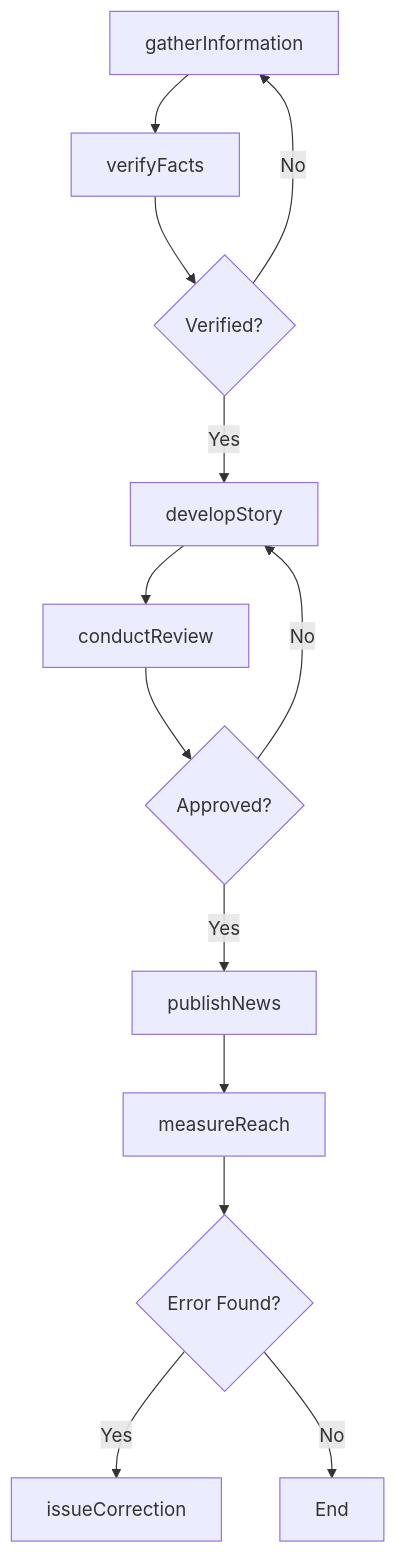
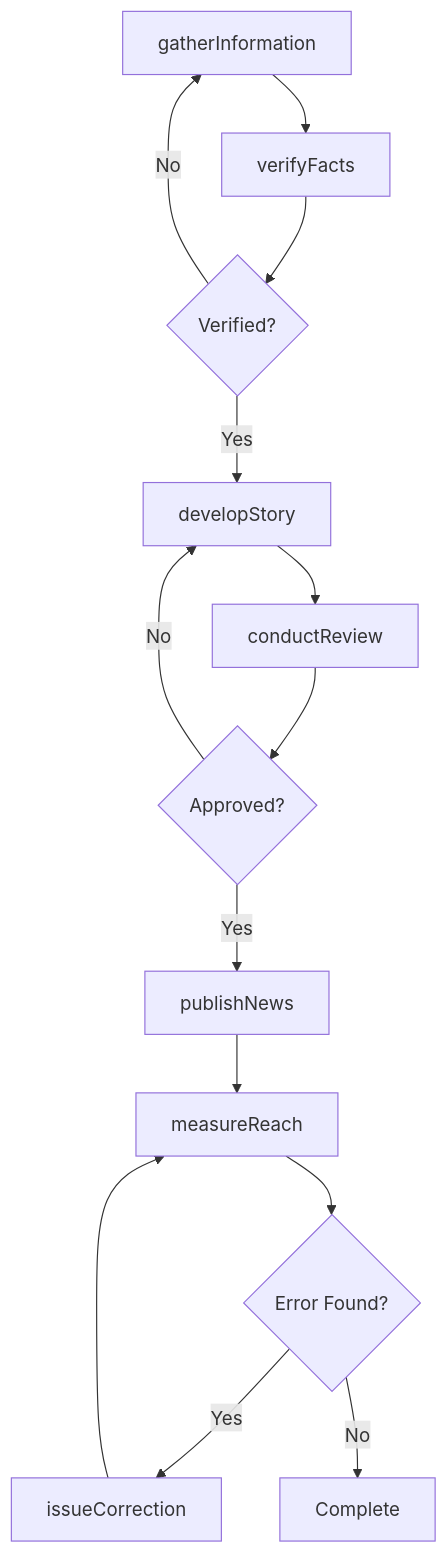
The third of 4 diagrams in CommunicatingWithPeopleOutsideTheOrganization/ProvideInformationOrAssistanceToThePublic/ReportNewsPublic.mdx (dot-org-ai/tasks.org.ai), drawn with Mermaid before and after one commit. The commit also changed other lines of this file and 504 other files, not shown here.

First line of the commit message:
feat: Add ER diagrams, state diagrams, and workflow improvements to 96 DWA task files

````diff
--- a/CommunicatingWithPeopleOutsideTheOrganization/ProvideInformationOrAssistanceToThePublic/ReportNewsPublic.mdx
+++ b/CommunicatingWithPeopleOutsideTheOrganization/ProvideInformationOrAssistanceToThePublic/ReportNewsPublic.mdx
@@ -87,15 +116,16 @@
 ```mermaid
 graph TD
     A[gatherInformation] --> B[verifyFacts]
     B --> C{Verified?}
     C -->|Yes| D[developStory]
     C -->|No| A
     D --> E[conductReview]
     E --> F{Approved?}
     F -->|Yes| G[publishNews]
     F -->|No| D
     G --> H[measureReach]
     H --> I{Error Found?}
     I -->|Yes| J[issueCorrection]
-    I -->|No| K[End]
+    I -->|No| K[Complete]
+    J --> H
 ```
````
